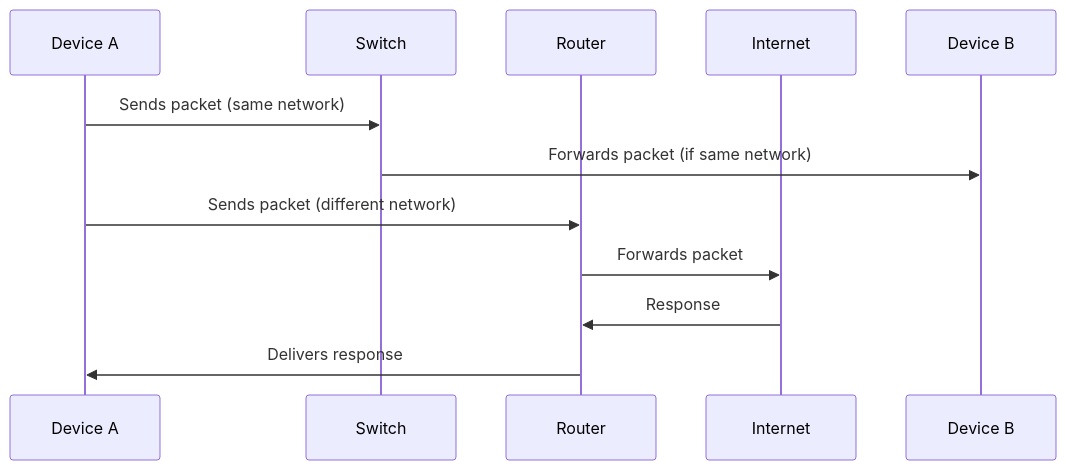
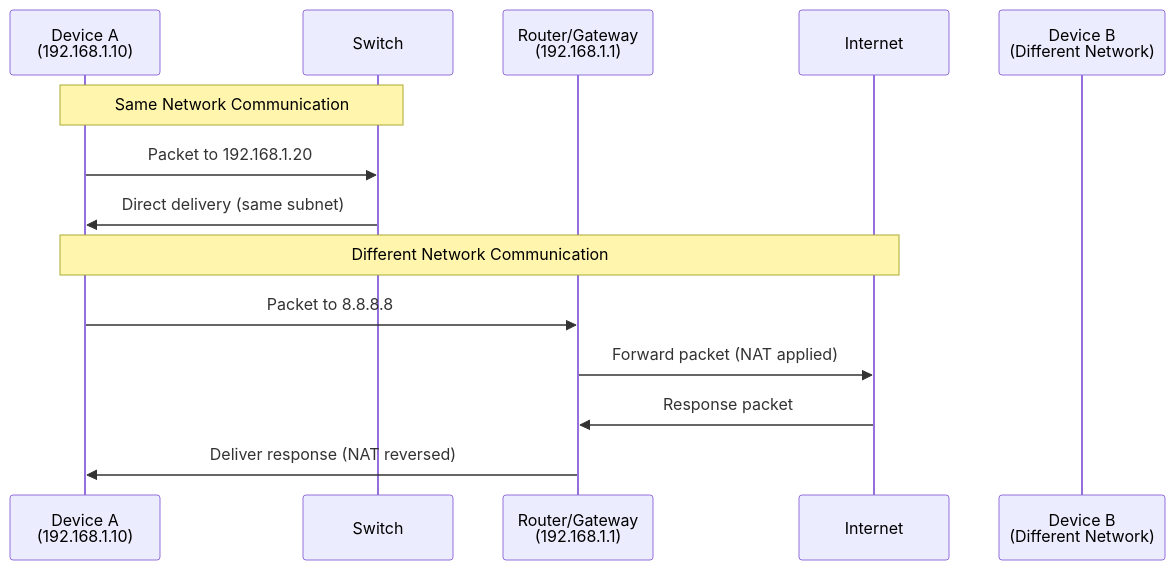
The second of 9 diagrams in InformationTechnology/Information_Security/Armour_Infosec/notes.md (oreximus/learnings), drawn with Mermaid before and after one commit. The commit also changed other lines of this file, not shown here.

````diff
--- a/InformationTechnology/Information_Security/Armour_Infosec/notes.md
+++ b/InformationTechnology/Information_Security/Armour_Infosec/notes.md
@@ -201,15 +217,18 @@
-```mermaid
+```mermaid title="Network Communication Flow" type="diagram"
 sequenceDiagram
-    participant DeviceA as Device A
+    participant DeviceA as Device A<br/>(192.168.1.10)
     participant Switch as Switch
-    participant Router as Router
+    participant Router as Router/Gateway<br/>(192.168.1.1)
     participant Internet as Internet
-    participant DeviceB as Device B
+    participant DeviceB as Device B<br/>(Different Network)
 
-    DeviceA->>Switch: Sends packet (same network)
-    Switch->>DeviceB: Forwards packet (if same network)
-    DeviceA->>Router: Sends packet (different network)
-    Router->>Internet: Forwards packet
-    Internet->>Router: Response
-    Router->>DeviceA: Delivers response
+    Note over DeviceA,Switch: Same Network Communication
+    DeviceA->>Switch: Packet to 192.168.1.20
+    Switch->>DeviceA: Direct delivery (same subnet)
+
+    Note over DeviceA,Internet: Different Network Communication
+    DeviceA->>Router: Packet to 8.8.8.8
+    Router->>Internet: Forward packet (NAT applied)
+    Internet->>Router: Response packet
+    Router->>DeviceA: Deliver response (NAT reversed)
 ```
````
